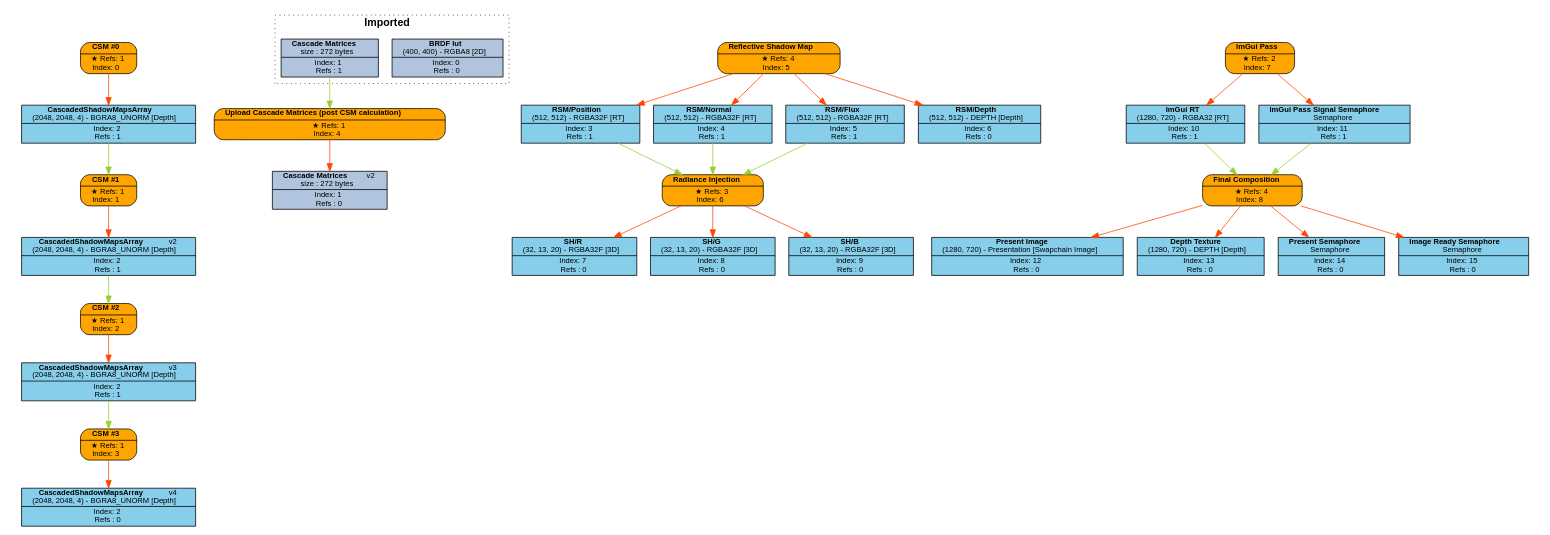
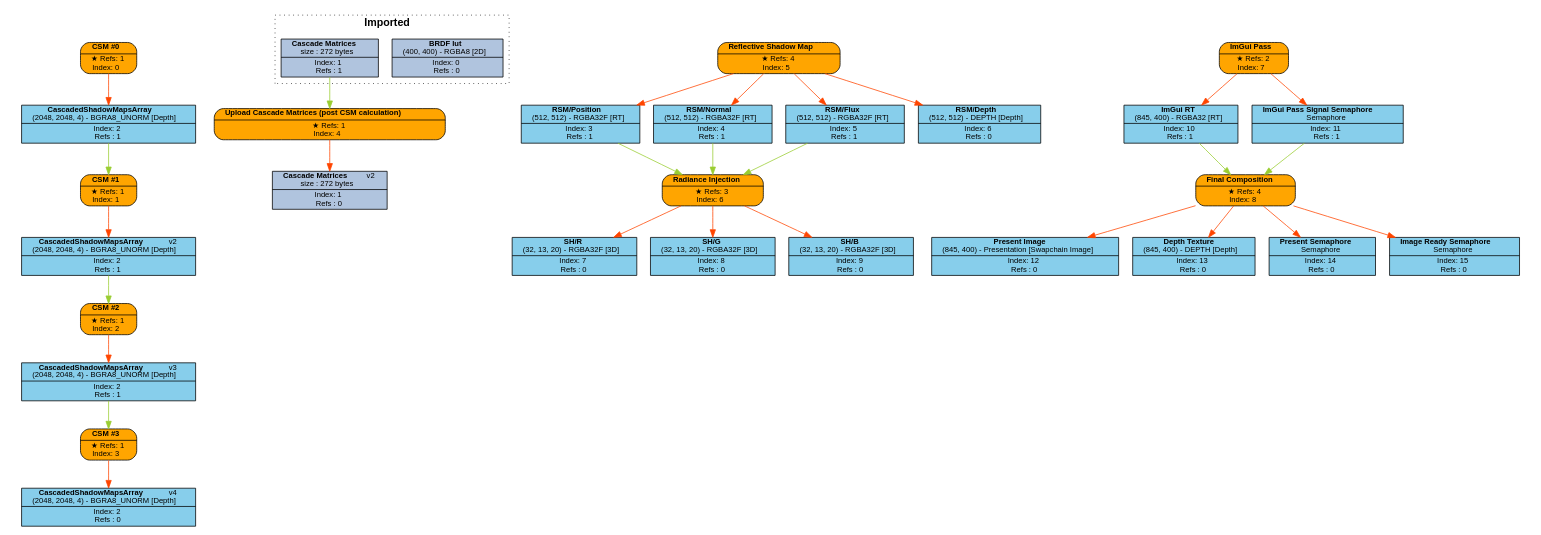
One commit to Pikachuxxxx/Razix changed the diagram in Engine/content/FrameGraphs/frame_graph_test.dot. Above: the diagram before and after it, drawn with Graphviz. The commit also changed 16 other files, not shown here.

Commit message:
[Graphics] Added blend and compare operation to pipelineInfo;

```diff
--- a/Engine/content/FrameGraphs/frame_graph_test.dot
+++ b/Engine/content/FrameGraphs/frame_graph_test.dot
@@ -1,100 +1,100 @@
 digraph FrameGraph {
 graph [style=invis, rankdir="TB" ordering=out, splines=spline]
 node [shape=record, fontname="helvetica", fontsize=10, margin="0.2,0.03"]
 
 P0 [label=<{ {<B>CSM #0</B>} | {&#x2605; Refs: 1<BR/> Index: 0} }> style="rounded,filled", fillcolor=orange]
 P1 [label=<{ {<B>CSM #1</B>} | {&#x2605; Refs: 1<BR/> Index: 1} }> style="rounded,filled", fillcolor=orange]
 P2 [label=<{ {<B>CSM #2</B>} | {&#x2605; Refs: 1<BR/> Index: 2} }> style="rounded,filled", fillcolor=orange]
 P3 [label=<{ {<B>CSM #3</B>} | {&#x2605; Refs: 1<BR/> Index: 3} }> style="rounded,filled", fillcolor=orange]
 P4 [label=<{ {<B>Upload Cascade Matrices (post CSM calculation)</B>} | {&#x2605; Refs: 1<BR/> Index: 4} }> style="rounded,filled", fillcolor=orange]
 P5 [label=<{ {<B>Reflective Shadow Map</B>} | {&#x2605; Refs: 4<BR/> Index: 5} }> style="rounded,filled", fillcolor=orange]
 P6 [label=<{ {<B>Radiance Injection</B>} | {&#x2605; Refs: 3<BR/> Index: 6} }> style="rounded,filled", fillcolor=orange]
 P7 [label=<{ {<B>ImGui Pass</B>} | {&#x2605; Refs: 2<BR/> Index: 7} }> style="rounded,filled", fillcolor=orange]
 P8 [label=<{ {<B>Final Composition</B>} | {&#x2605; Refs: 4<BR/> Index: 8} }> style="rounded,filled", fillcolor=orange]
 
 R0_1 [label=<{ {<B>BRDF lut</B><BR/>(400, 400) - RGBA8 [2D]} | {Index: 0<BR/>Refs : 0} }> style=filled, fillcolor=lightsteelblue]
 R1_1 [label=<{ {<B>Cascade Matrices</B><BR/>size : 272 bytes} | {Index: 1<BR/>Refs : 1} }> style=filled, fillcolor=lightsteelblue]
 R2_1 [label=<{ {<B>CascadedShadowMapsArray</B><BR/>(2048, 2048, 4) - BGRA8_UNORM [Depth]} | {Index: 2<BR/>Refs : 1} }> style=filled, fillcolor=skyblue]
 R2_2 [label=<{ {<B>CascadedShadowMapsArray</B>   <FONT>v2</FONT><BR/>(2048, 2048, 4) - BGRA8_UNORM [Depth]} | {Index: 2<BR/>Refs : 1} }> style=filled, fillcolor=skyblue]
 R2_3 [label=<{ {<B>CascadedShadowMapsArray</B>   <FONT>v3</FONT><BR/>(2048, 2048, 4) - BGRA8_UNORM [Depth]} | {Index: 2<BR/>Refs : 1} }> style=filled, fillcolor=skyblue]
 R2_4 [label=<{ {<B>CascadedShadowMapsArray</B>   <FONT>v4</FONT><BR/>(2048, 2048, 4) - BGRA8_UNORM [Depth]} | {Index: 2<BR/>Refs : 0} }> style=filled, fillcolor=skyblue]
 R1_2 [label=<{ {<B>Cascade Matrices</B>   <FONT>v2</FONT><BR/>size : 272 bytes} | {Index: 1<BR/>Refs : 0} }> style=filled, fillcolor=lightsteelblue]
 R3_1 [label=<{ {<B>RSM/Position</B><BR/>(512, 512) - RGBA32F [RT]} | {Index: 3<BR/>Refs : 1} }> style=filled, fillcolor=skyblue]
 R4_1 [label=<{ {<B>RSM/Normal</B><BR/>(512, 512) - RGBA32F [RT]} | {Index: 4<BR/>Refs : 1} }> style=filled, fillcolor=skyblue]
 R5_1 [label=<{ {<B>RSM/Flux</B><BR/>(512, 512) - RGBA32F [RT]} | {Index: 5<BR/>Refs : 1} }> style=filled, fillcolor=skyblue]
 R6_1 [label=<{ {<B>RSM/Depth</B><BR/>(512, 512) - DEPTH [Depth]} | {Index: 6<BR/>Refs : 0} }> style=filled, fillcolor=skyblue]
 R7_1 [label=<{ {<B>SH/R</B><BR/>(32, 13, 20) - RGBA32F [3D]} | {Index: 7<BR/>Refs : 0} }> style=filled, fillcolor=skyblue]
 R8_1 [label=<{ {<B>SH/G</B><BR/>(32, 13, 20) - RGBA32F [3D]} | {Index: 8<BR/>Refs : 0} }> style=filled, fillcolor=skyblue]
 R9_1 [label=<{ {<B>SH/B</B><BR/>(32, 13, 20) - RGBA32F [3D]} | {Index: 9<BR/>Refs : 0} }> style=filled, fillcolor=skyblue]
-R10_1 [label=<{ {<B>ImGui RT</B><BR/>(1280, 720) - RGBA32 [RT]} | {Index: 10<BR/>Refs : 1} }> style=filled, fillcolor=skyblue]
+R10_1 [label=<{ {<B>ImGui RT</B><BR/>(845, 400) - RGBA32 [RT]} | {Index: 10<BR/>Refs : 1} }> style=filled, fillcolor=skyblue]
 R11_1 [label=<{ {<B>ImGui Pass Signal Semaphore</B><BR/>Semaphore} | {Index: 11<BR/>Refs : 1} }> style=filled, fillcolor=skyblue]
-R12_1 [label=<{ {<B>Present Image</B><BR/>(1280, 720) - Presentation [Swapchain Image]} | {Index: 12<BR/>Refs : 0} }> style=filled, fillcolor=skyblue]
-R13_1 [label=<{ {<B>Depth Texture</B><BR/>(1280, 720) - DEPTH [Depth]} | {Index: 13<BR/>Refs : 0} }> style=filled, fillcolor=skyblue]
+R12_1 [label=<{ {<B>Present Image</B><BR/>(845, 400) - Presentation [Swapchain Image]} | {Index: 12<BR/>Refs : 0} }> style=filled, fillcolor=skyblue]
+R13_1 [label=<{ {<B>Depth Texture</B><BR/>(845, 400) - DEPTH [Depth]} | {Index: 13<BR/>Refs : 0} }> style=filled, fillcolor=skyblue]
 R14_1 [label=<{ {<B>Present Semaphore</B><BR/>Semaphore} | {Index: 14<BR/>Refs : 0} }> style=filled, fillcolor=skyblue]
 R15_1 [label=<{ {<B>Image Ready Semaphore</B><BR/>Semaphore} | {Index: 15<BR/>Refs : 0} }> style=filled, fillcolor=skyblue]
 
 P0 -> { R2_1 } [color=orangered]
 P1 -> { R2_2 } [color=orangered]
 P2 -> { R2_3 } [color=orangered]
 P3 -> { R2_4 } [color=orangered]
 P4 -> { R1_2 } [color=orangered]
 P5 -> { R3_1 R4_1 R5_1 R6_1 } [color=orangered]
 P6 -> { R7_1 R8_1 R9_1 } [color=orangered]
 P7 -> { R10_1 R11_1 } [color=orangered]
 P8 -> { R12_1 R13_1 R14_1 R15_1 } [color=orangered]
 
 R0_1 -> { } [color=olivedrab3]
 R1_1 -> { P4 } [color=olivedrab3]
 R2_1 -> { P1 } [color=olivedrab3]
 R2_2 -> { P2 } [color=olivedrab3]
 R2_3 -> { P3 } [color=olivedrab3]
 R2_4 -> { } [color=olivedrab3]
 R1_2 -> { } [color=olivedrab3]
 R3_1 -> { P6 } [color=olivedrab3]
 R4_1 -> { P6 } [color=olivedrab3]
 R5_1 -> { P6 } [color=olivedrab3]
 R6_1 -> { } [color=olivedrab3]
 R7_1 -> { } [color=olivedrab3]
 R8_1 -> { } [color=olivedrab3]
 R9_1 -> { } [color=olivedrab3]
 R10_1 -> { P8 } [color=olivedrab3]
 R11_1 -> { P8 } [color=olivedrab3]
 R12_1 -> { } [color=olivedrab3]
 R13_1 -> { } [color=olivedrab3]
 R14_1 -> { } [color=olivedrab3]
 R15_1 -> { } [color=olivedrab3]
 
 subgraph cluster_0 {
 P0 R2_1 
 }
 subgraph cluster_1 {
 P1 
 }
 subgraph cluster_2 {
 P2 
 }
 subgraph cluster_3 {
 P3 
 }
 subgraph cluster_4 {
 P4 
 }
 subgraph cluster_5 {
 P5 R3_1 R4_1 R5_1 R6_1 
 }
 subgraph cluster_6 {
 P6 R7_1 R8_1 R9_1 
 }
 subgraph cluster_7 {
 P7 R10_1 R11_1 
 }
 subgraph cluster_8 {
 P8 R12_1 R13_1 R14_1 R15_1 
 }
 
 subgraph cluster_imported_resources {
 graph [style=dotted, fontname="helvetica", label=< <B>Imported</B> >]
 R0_1 R1_1 
 }
 
 }
```
